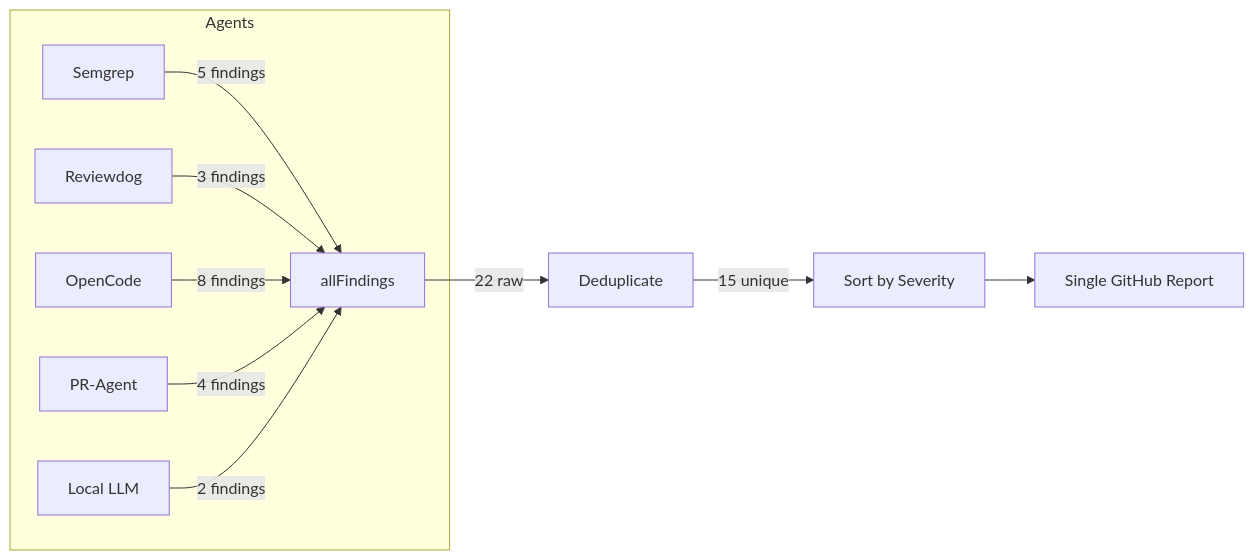
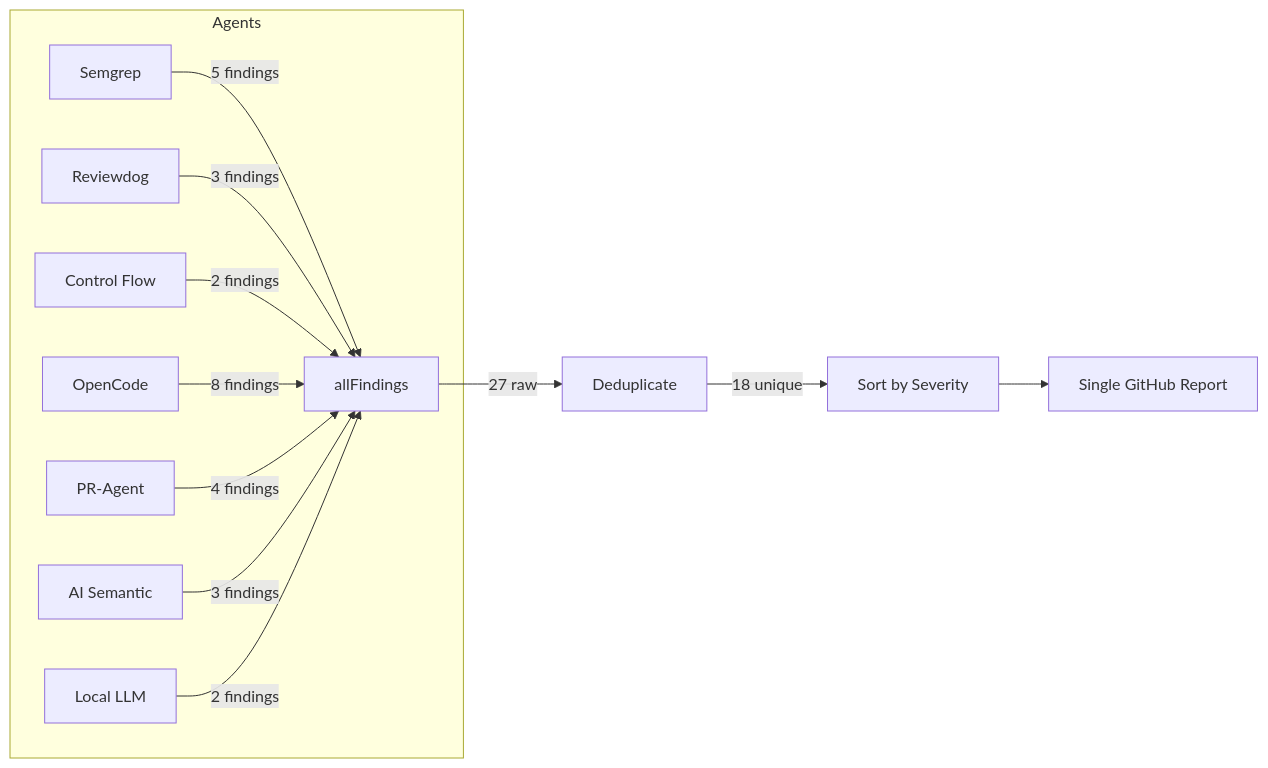
Before and after one commit to oddessentials/odd-ai-reviewers: the fifth of 8 diagrams in docs/architecture/overview.md, drawn with Mermaid. The commit also changed other lines of this file and 3 other files, not shown here.

````diff
--- a/docs/architecture/overview.md
+++ b/docs/architecture/overview.md
@@ -171,14 +171,16 @@
 ```mermaid
 flowchart LR
     subgraph Agents
         S[Semgrep] -->|5 findings| A[allFindings]
         R[Reviewdog] -->|3 findings| A
+        CF[Control Flow] -->|2 findings| A
         O[OpenCode] -->|8 findings| A
         P[PR-Agent] -->|4 findings| A
+        ASR[AI Semantic] -->|3 findings| A
         L[Local LLM] -->|2 findings| A
     end
 
-    A -->|22 raw| D[Deduplicate]
-    D -->|15 unique| Sort[Sort by Severity]
+    A -->|27 raw| D[Deduplicate]
+    D -->|18 unique| Sort[Sort by Severity]
     Sort --> Report[Single GitHub Report]
 ```
````
